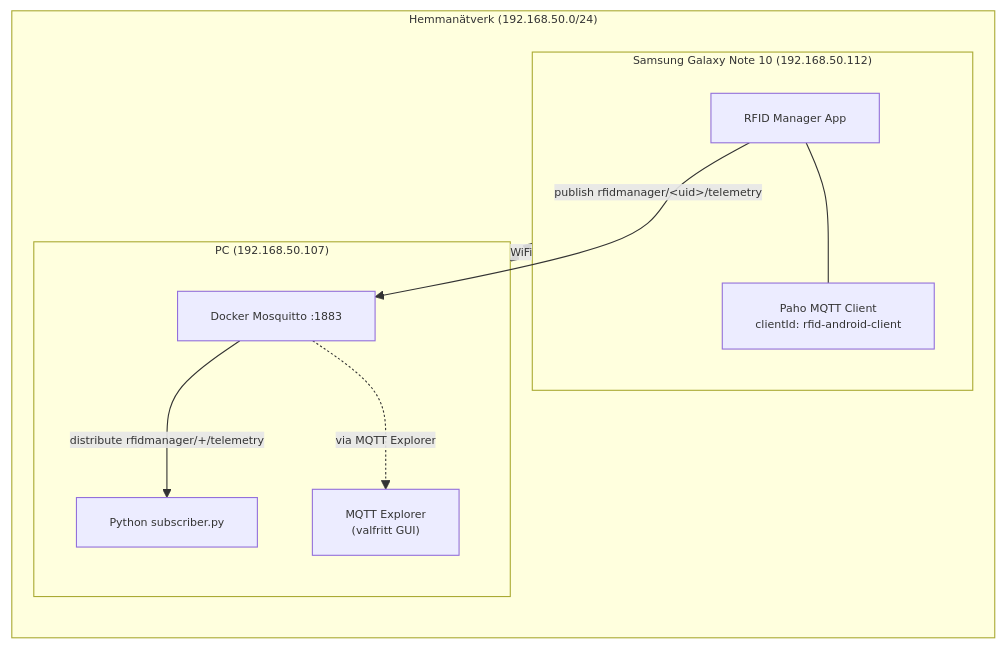
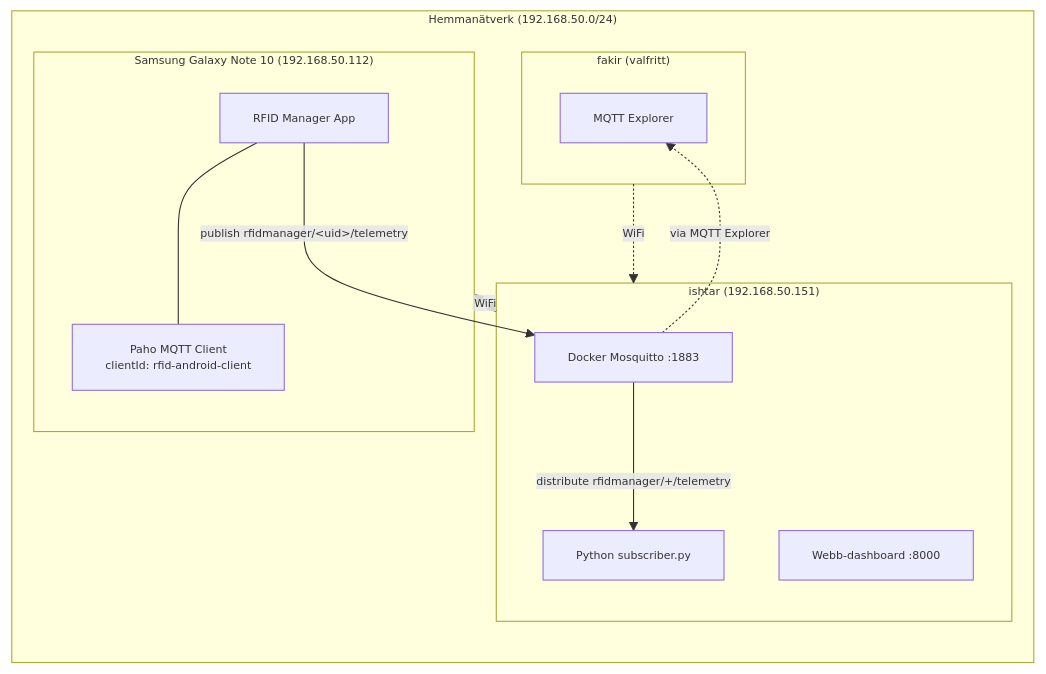
One commit to JoaBerra/rfid-manager changed the first of 2 diagrams in wiki/MQTT-Infrastruktur.md. Above: the diagram before and after it, drawn with Mermaid. The commit also changed other lines of this file and 10 other files, not shown here.

First line of the commit message:
Uppdrag 004: app default MQTT broker → ishtar .151

````diff
--- a/wiki/MQTT-Infrastruktur.md
+++ b/wiki/MQTT-Infrastruktur.md
@@ -194,21 +194,25 @@
 ```mermaid
 %%{init: {'themeVariables': { 'fontSize': '10px' }}}%%
 flowchart LR
     subgraph LAN["Hemmanätverk (192.168.50.0/24)"]
         subgraph Phone["Samsung Galaxy Note 10 (192.168.50.112)"]
             App["RFID Manager App"]
             Client["Paho MQTT Client<br/>clientId: rfid-android-client"]
             App --- Client
         end
-        subgraph PC["PC (192.168.50.107)"]
+        subgraph Testlab["ishtar (192.168.50.151)"]
             Broker["Docker Mosquitto :1883"]
             Subscriber["Python subscriber.py"]
-            Explorer["MQTT Explorer<br/>(valfritt GUI)"]
+            Dashboard["Webb-dashboard :8000"]
+        end
+        subgraph DevPC["fakir (valfritt)"]
+            Explorer["MQTT Explorer"]
         end
     end
 
-    Phone <-.->|"WiFi"| PC
+    Phone <-.->|"WiFi"| Testlab
+    DevPC -.->|"WiFi"| Testlab
     App -->|"publish rfidmanager/&lt;uid&gt;/telemetry"| Broker
     Broker -->|"distribute rfidmanager/+/telemetry"| Subscriber
     Broker -.->|"via MQTT Explorer"| Explorer
 ```
````
